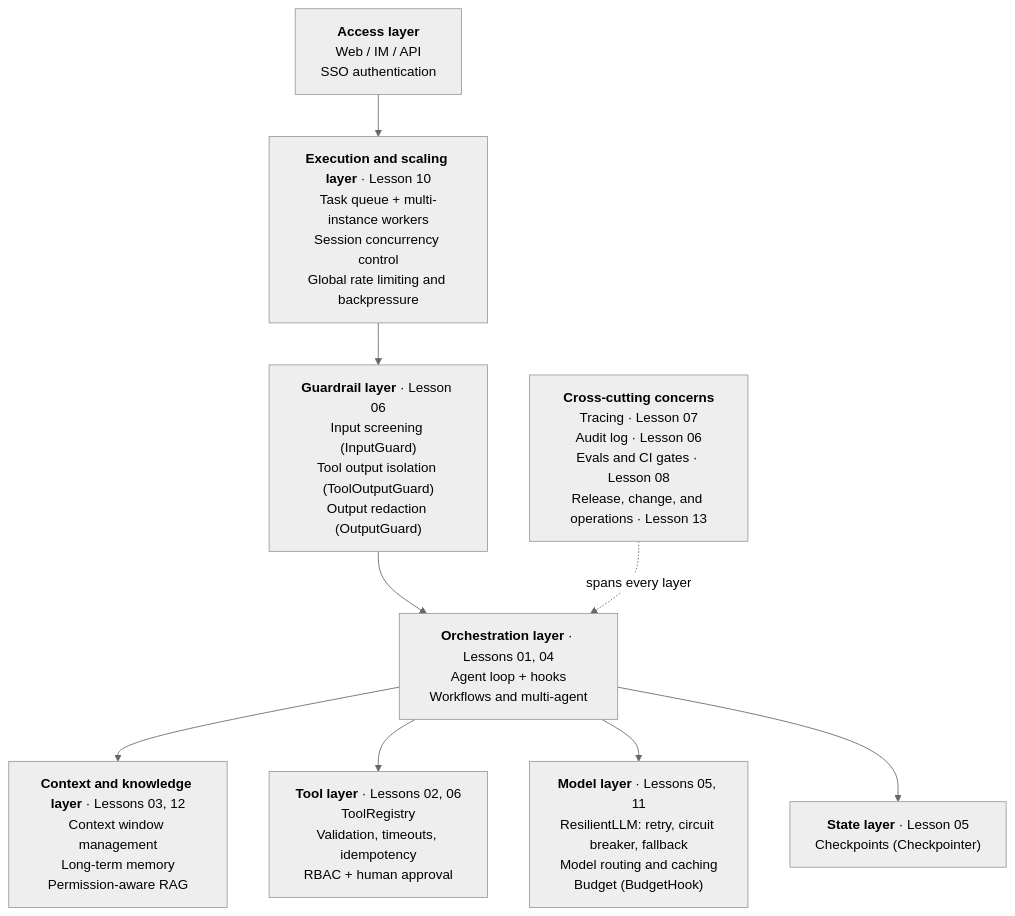
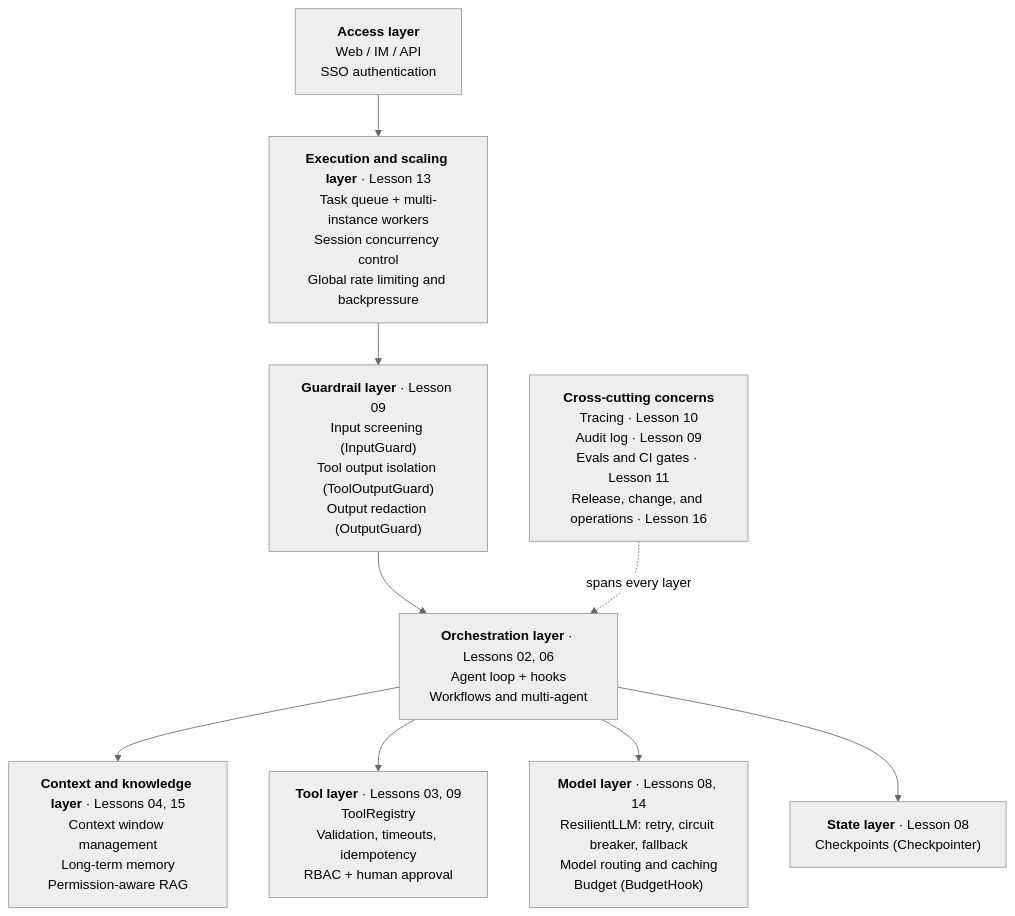
The fourth of 5 diagrams in lessons/00_overview/README.en.md (heaven999b/hello-agent-system), drawn with Mermaid (neutral theme) before and after one commit. The commit also changed other lines of this file and 216 other files, not shown here.

````diff
--- a/lessons/00_overview/README.en.md
+++ b/lessons/00_overview/README.en.md
@@ -113,18 +113,18 @@
 ```mermaid
 flowchart TB
     ENTRY["<b>Access layer</b><br/>Web / IM / API<br/>SSO authentication"]
-    EXEC["<b>Execution and scaling layer</b> · Lesson 10<br/>Task queue + multi-instance workers<br/>Session concurrency control<br/>Global rate limiting and backpressure"]
-    GUARD["<b>Guardrail layer</b> · Lesson 06<br/>Input screening (InputGuard)<br/>Tool output isolation (ToolOutputGuard)<br/>Output redaction (OutputGuard)"]
-    ORCH["<b>Orchestration layer</b> · Lessons 01, 04<br/>Agent loop + hooks<br/>Workflows and multi-agent"]
-    CTX["<b>Context and knowledge layer</b> · Lessons 03, 12<br/>Context window management<br/>Long-term memory<br/>Permission-aware RAG"]
-    TOOLS["<b>Tool layer</b> · Lessons 02, 06<br/>ToolRegistry<br/>Validation, timeouts, idempotency<br/>RBAC + human approval"]
-    MODEL["<b>Model layer</b> · Lessons 05, 11<br/>ResilientLLM: retry, circuit breaker, fallback<br/>Model routing and caching<br/>Budget (BudgetHook)"]
-    STATE["<b>State layer</b> · Lesson 05<br/>Checkpoints (Checkpointer)"]
-    XCUT["<b>Cross-cutting concerns</b><br/>Tracing · Lesson 07<br/>Audit log · Lesson 06<br/>Evals and CI gates · Lesson 08<br/>Release, change, and operations · Lesson 13"]
+    EXEC["<b>Execution and scaling layer</b> · Lesson 13<br/>Task queue + multi-instance workers<br/>Session concurrency control<br/>Global rate limiting and backpressure"]
+    GUARD["<b>Guardrail layer</b> · Lesson 09<br/>Input screening (InputGuard)<br/>Tool output isolation (ToolOutputGuard)<br/>Output redaction (OutputGuard)"]
+    ORCH["<b>Orchestration layer</b> · Lessons 02, 06<br/>Agent loop + hooks<br/>Workflows and multi-agent"]
+    CTX["<b>Context and knowledge layer</b> · Lessons 04, 15<br/>Context window management<br/>Long-term memory<br/>Permission-aware RAG"]
+    TOOLS["<b>Tool layer</b> · Lessons 03, 09<br/>ToolRegistry<br/>Validation, timeouts, idempotency<br/>RBAC + human approval"]
+    MODEL["<b>Model layer</b> · Lessons 08, 14<br/>ResilientLLM: retry, circuit breaker, fallback<br/>Model routing and caching<br/>Budget (BudgetHook)"]
+    STATE["<b>State layer</b> · Lesson 08<br/>Checkpoints (Checkpointer)"]
+    XCUT["<b>Cross-cutting concerns</b><br/>Tracing · Lesson 10<br/>Audit log · Lesson 09<br/>Evals and CI gates · Lesson 11<br/>Release, change, and operations · Lesson 16"]
     ENTRY --> EXEC --> GUARD --> ORCH
     ORCH --> CTX
     ORCH --> TOOLS
     ORCH --> MODEL
     ORCH --> STATE
     XCUT -.->|"spans every layer"| ORCH
 ```
````
